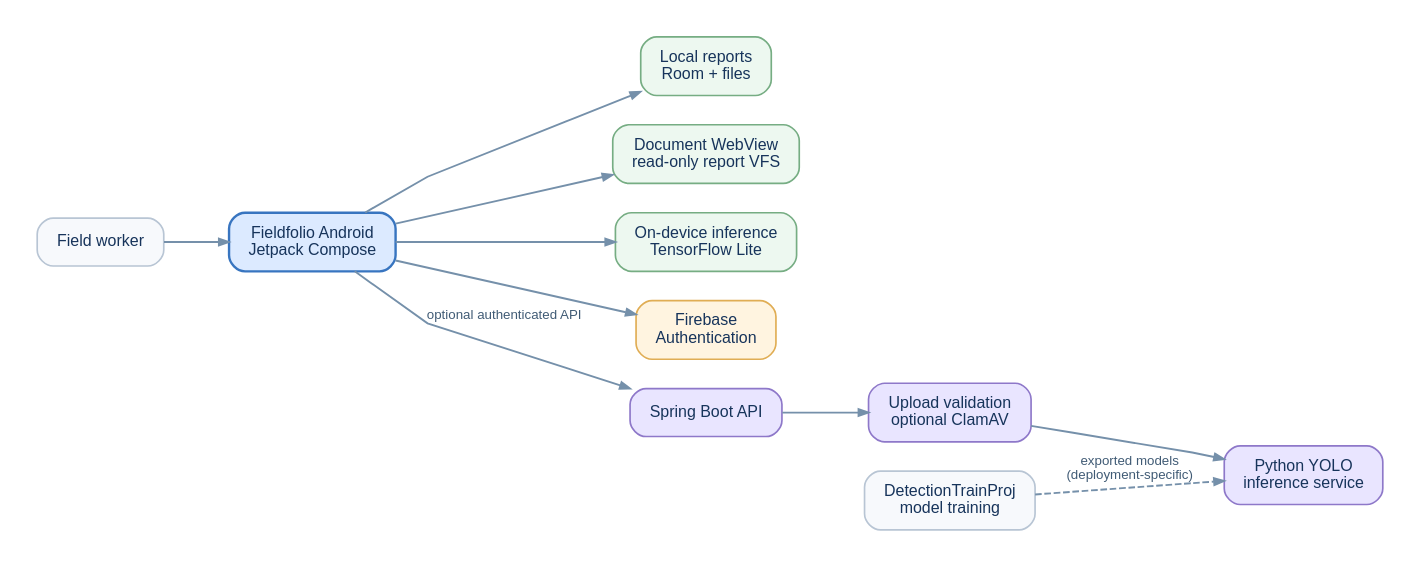
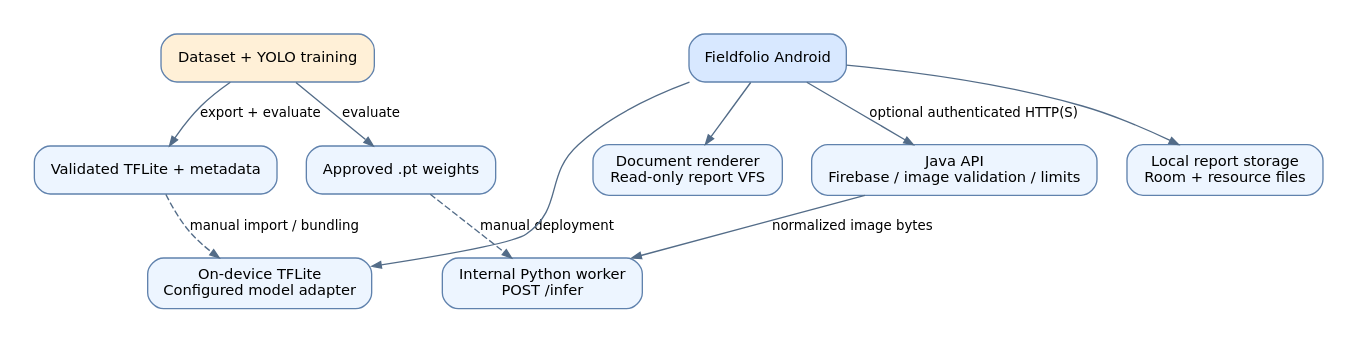
Before and after one commit to KarandaevRuslan/FieldFolio: the diagram in docs/diagrams/system-overview.dot, drawn with Graphviz. The commit also changed 58 other files, not shown here.

```diff
--- a/docs/diagrams/system-overview.dot
+++ b/docs/diagrams/system-overview.dot
@@ -1,29 +1,21 @@
 digraph Fieldfolio {
-  graph [rankdir=LR, bgcolor="white", pad="0.28", nodesep="0.30", ranksep="0.67",
-         splines=polyline, fontname="Arial", fontsize=15];
-  node  [shape=box, style="rounded,filled", fillcolor="#eff6ff", color="#7196c5",
-         fontcolor="#17345b", fontname="Arial", fontsize=12, margin="0.20,0.12", penwidth=1.25];
-  edge  [color="#7590aa", arrowsize=0.75, penwidth=1.4, fontname="Arial",
-         fontsize=10, fontcolor="#405b75"];
-  Worker [label="Field worker", fillcolor="#f7f9fc", color="#b8c5d4"];
-  Mobile [label="Fieldfolio Android\nJetpack Compose", fillcolor="#dceaff", color="#3875c0", penwidth=1.8];
-  Room   [label="Local reports\nRoom + files", fillcolor="#edf8f0", color="#76ad83"];
-  Docs   [label="Document WebView\nread-only report VFS", fillcolor="#edf8f0", color="#76ad83"];
-  Model  [label="On-device inference\nTensorFlow Lite", fillcolor="#edf8f0", color="#76ad83"];
-  Auth   [label="Firebase\nAuthentication", fillcolor="#fff4e0", color="#e0ad54"];
-  API    [label="Spring Boot API", fillcolor="#e9e5ff", color="#8e78c9"];
-  Guard  [label="Upload validation\noptional ClamAV", fillcolor="#e9e5ff", color="#8e78c9"];
-  YOLO   [label="Python YOLO\ninference service", fillcolor="#e9e5ff", color="#8e78c9"];
-  Train  [label="DetectionTrainProj\nmodel training", fillcolor="#f7f9fc", color="#b8c5d4"];
-
-  Worker -> Mobile;
-  Mobile -> Room;
-  Mobile -> Docs;
-  Mobile -> Model;
-  Mobile -> Auth;
-  Mobile -> API [label="optional authenticated API"];
-  API -> Guard;
-  Guard -> YOLO;
-  Train -> YOLO [style=dashed, label="exported models\n(deployment-specific)"];
-  {rank=same; Room; Docs; Model; Auth; API}
+graph [rankdir=TB, bgcolor="white", pad="0.25", nodesep="0.30", ranksep="0.48", fontname="DejaVu Sans"];
+node [shape=box, style="rounded,filled", fillcolor="#edf5ff", color="#6082ad", fontname="DejaVu Sans", fontsize=11, margin="0.16,0.10"];
+edge [color="#536c88", fontname="DejaVu Sans", fontsize=10, arrowsize=0.7];
+Train [label="Dataset + YOLO training",fillcolor="#fff0d7"];
+PT [label="Approved .pt weights"];
+Lite [label="Validated TFLite + metadata"];
+API [label="Java API\nFirebase / image validation / limits"];
+Worker [label="Internal Python worker\nPOST /infer"];
+Android [label="Fieldfolio Android",fillcolor="#d8e8ff"];
+Local [label="Local report storage\nRoom + resource files"];
+Runtime [label="Document renderer\nRead-only report VFS"];
+Device [label="On-device TFLite\nConfigured model adapter"];
+Train -> PT [label="evaluate"];
+Train -> Lite [label="export + evaluate"];
+PT -> Worker [label="manual deployment",style=dashed];
+Lite -> Device [label="manual import / bundling",style=dashed];
+Android -> API [label="optional authenticated HTTP(S)"];
+API -> Worker [label="normalized image bytes"];
+Android -> Local; Android -> Runtime; Android -> Device;
 }
```
